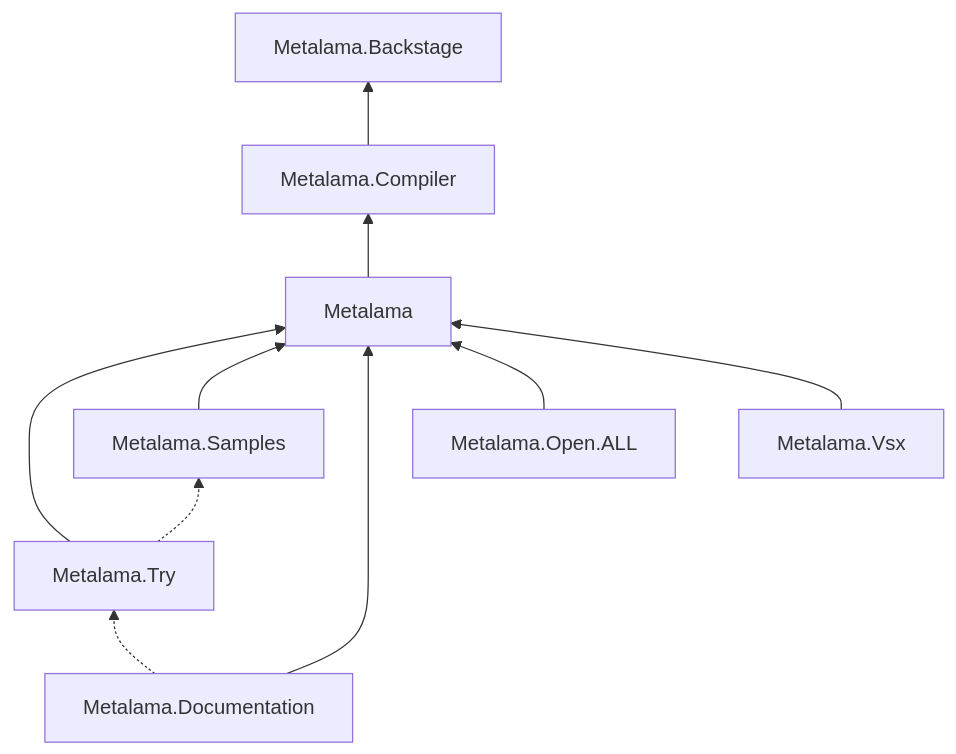
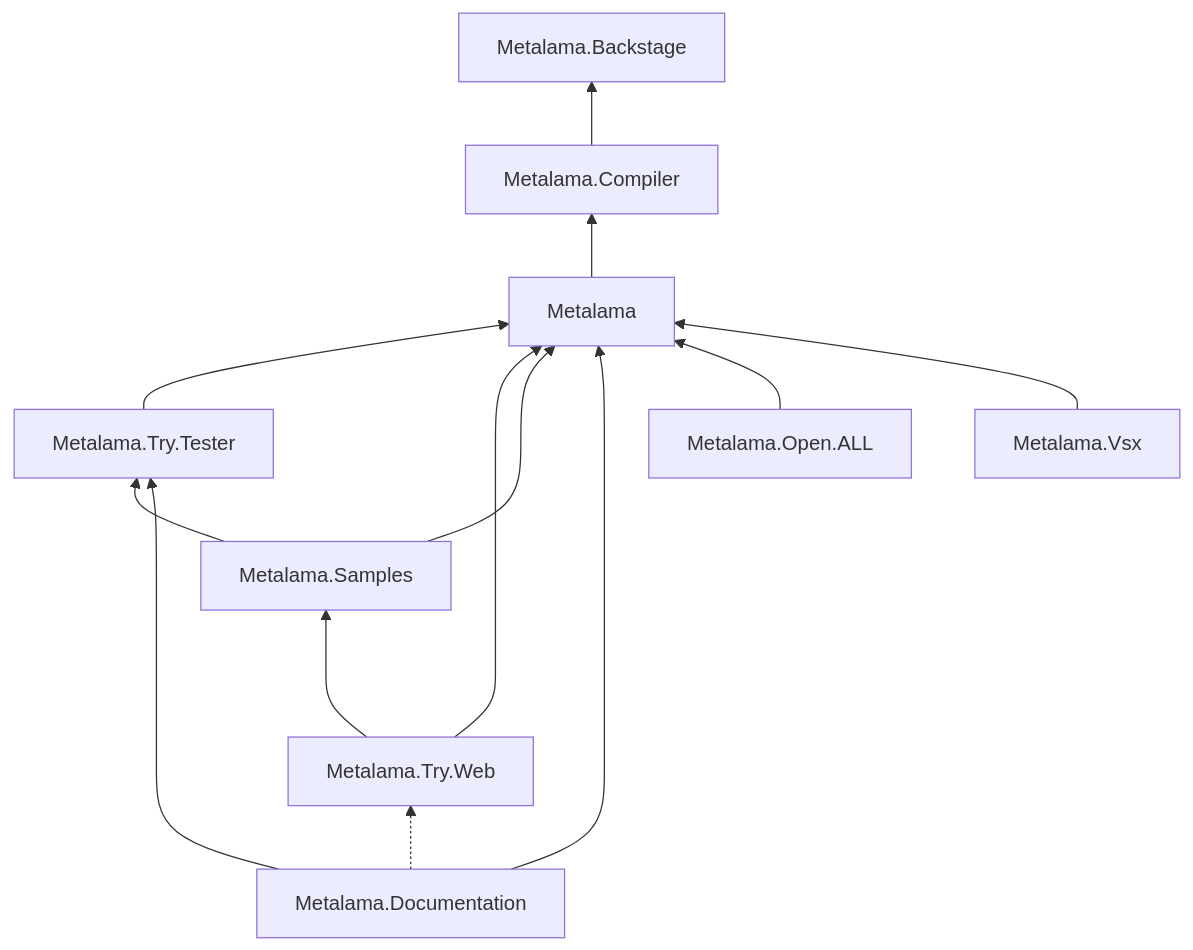
The diagram in doc/dependencies.md (postsharp/PostSharp.Engineering), drawn with Mermaid before and after one commit.

Commit message:
Drafting dependencies for Metalama.Try.

````diff
--- a/doc/dependencies.md
+++ b/doc/dependencies.md
@@ -3,13 +3,16 @@
 ```mermaid
 graph BT
 
     Metalama.Compiler --> Metalama.Backstage
     Metalama --> Metalama.Compiler
-    Metalama.Try --> Metalama
-    Metalama.Try -.-> Metalama.Samples
+    Metalama.Try.Tester --> Metalama
+    Metalama.Try.Web --> Metalama
+    Metalama.Try.Web ---> Metalama.Samples
     Metalama.Samples --> Metalama
+    Metalama.Samples --> Metalama.Try.Tester
     Metalama.Documentation --> Metalama
-    Metalama.Documentation -.-> Metalama.Try
+    Metalama.Documentation --> Metalama.Try.Tester
+    Metalama.Documentation -.-> Metalama.Try.Web
     Metalama.Open.ALL --> Metalama
     Metalama.Vsx --> Metalama
 ```
````
